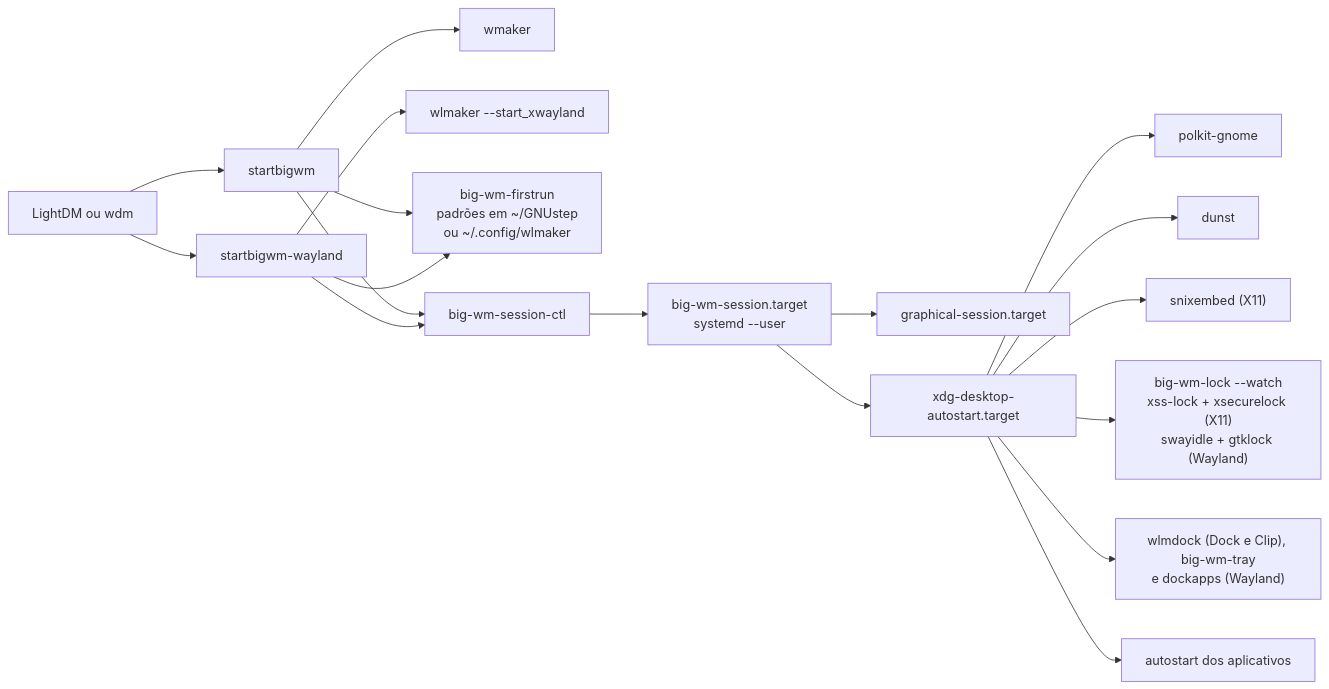
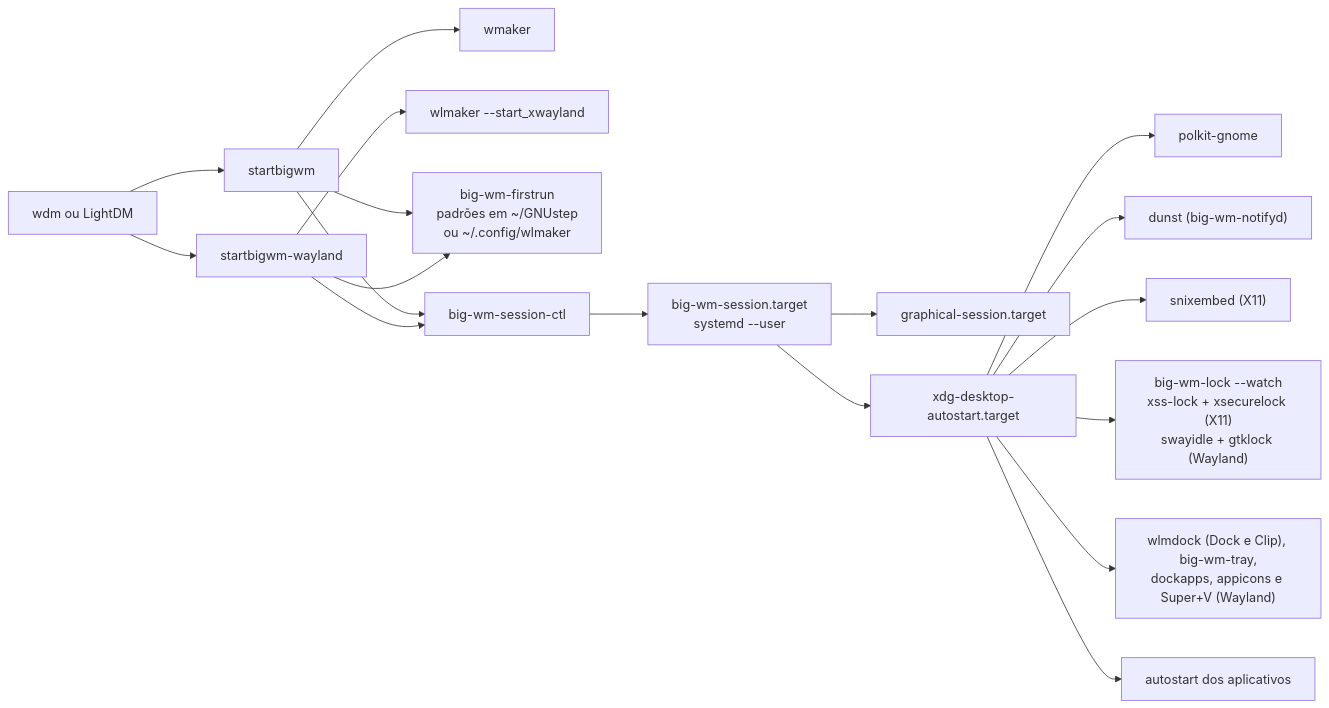
The diagram in README.md (big-windowmaker/big-wm), drawn with Mermaid before and after one commit. The commit also changed other lines of this file and 18 other files, not shown here.

````diff
--- a/README.md
+++ b/README.md
@@ -505,16 +568,16 @@
 ```mermaid
 flowchart LR
-  DM[LightDM ou wdm] --> X[startbigwm] --> WM[wmaker]
+  DM[wdm ou LightDM] --> X[startbigwm] --> WM[wmaker]
   DM --> W[startbigwm-wayland] --> WL["wlmaker --start_xwayland"]
   X & W --> FR[big-wm-firstrun<br/>padrões em ~/GNUstep<br/>ou ~/.config/wlmaker]
   X & W --> SC[big-wm-session-ctl]
   SC --> T[big-wm-session.target<br/>systemd --user]
   T --> GS[graphical-session.target]
   T --> AS[xdg-desktop-autostart.target]
   AS --> P[polkit-gnome]
-  AS --> N[dunst]
+  AS --> N["dunst (big-wm-notifyd)"]
   AS --> TR["snixembed (X11)"]
   AS --> L["big-wm-lock --watch<br/>xss-lock + xsecurelock (X11)<br/>swayidle + gtklock (Wayland)"]
-  AS --> WD["wlmdock (Dock e Clip), big-wm-tray<br/>e dockapps (Wayland)"]
+  AS --> WD["wlmdock (Dock e Clip), big-wm-tray,<br/>dockapps, appicons e Super+V (Wayland)"]
   AS --> APPS[autostart dos aplicativos]
 ```
````
